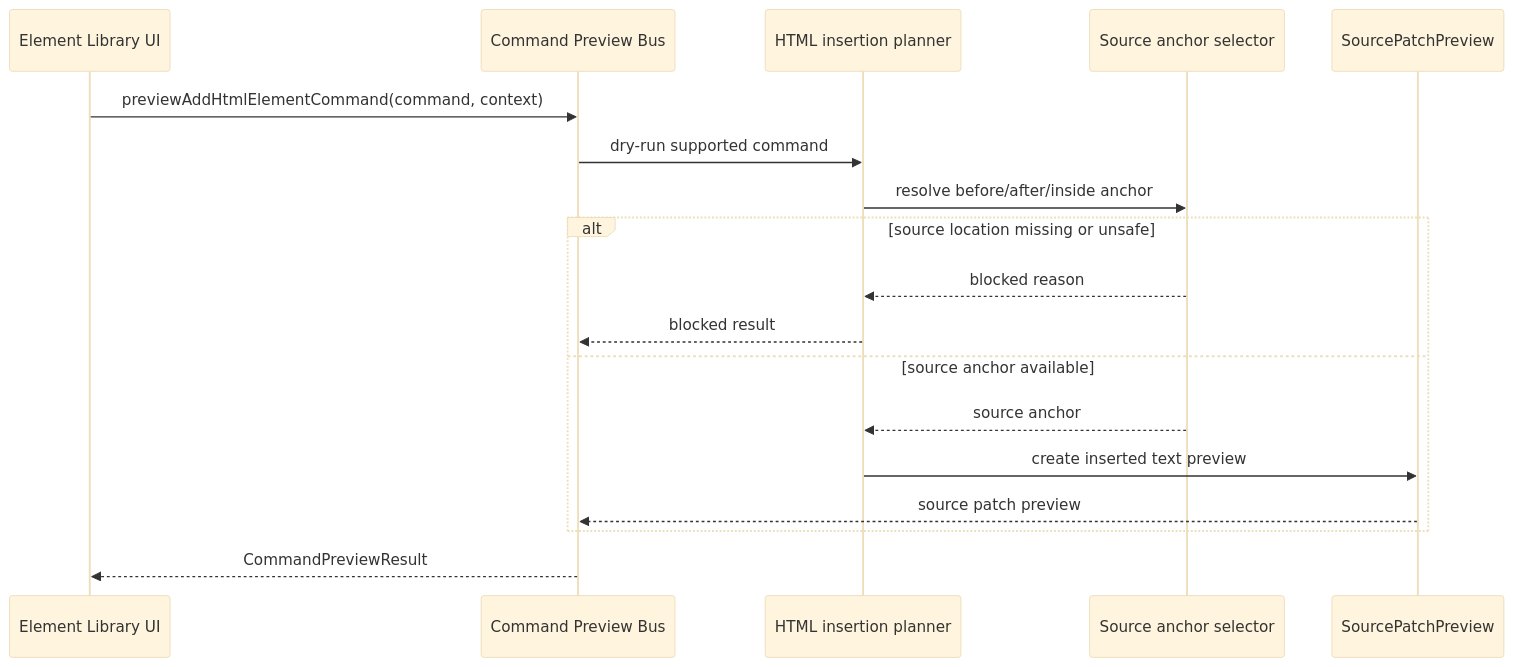
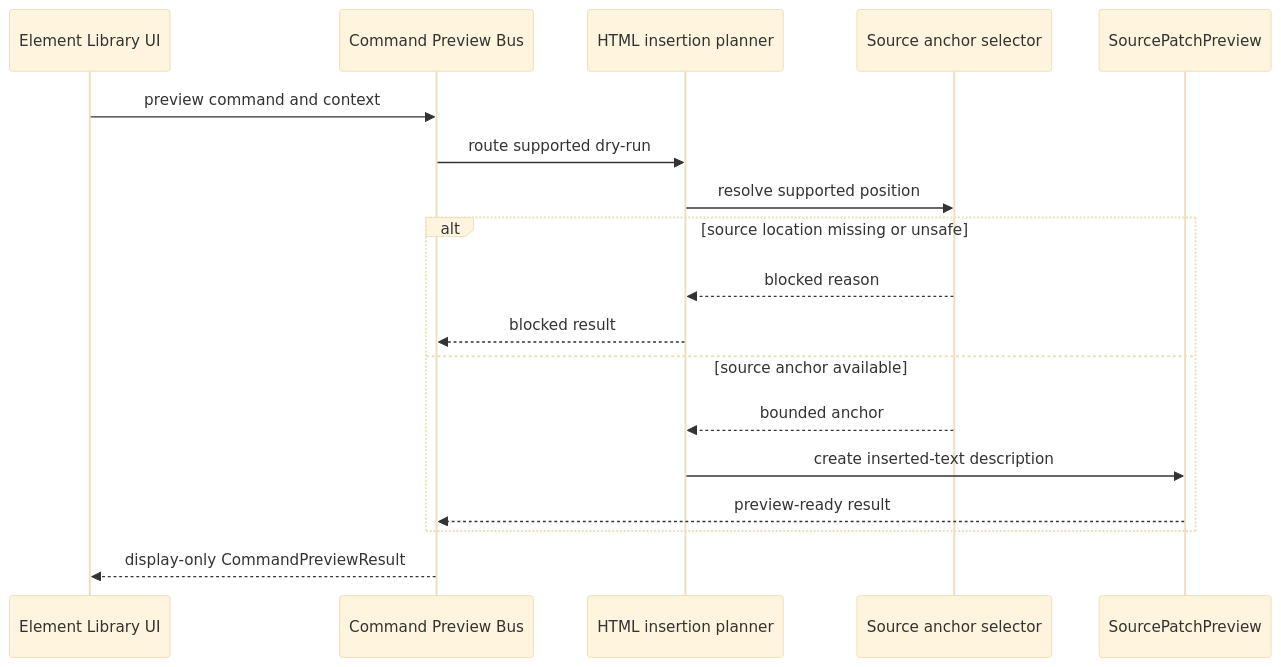
The diagram in docs/architecture/diagrams/source-patch-preview-sequence.md (krestosa/Crystal), drawn with Mermaid (base theme) before and after one commit. The commit also changed other lines of this file and 60 other files, not shown here.

````diff
--- a/docs/architecture/diagrams/source-patch-preview-sequence.md
+++ b/docs/architecture/diagrams/source-patch-preview-sequence.md
@@ -54,21 +13,20 @@
 ```mermaid
 sequenceDiagram
   participant UI as Element Library UI
   participant Bus as Command Preview Bus
   participant Planner as HTML insertion planner
   participant Anchor as Source anchor selector
-  participant Patch as SourcePatchPreview
-
-  UI->>Bus: previewAddHtmlElementCommand(command, context)
-  Bus->>Planner: dry-run supported command
-  Planner->>Anchor: resolve before/after/inside anchor
+  participant Preview as SourcePatchPreview
+  UI->>Bus: preview command and context
+  Bus->>Planner: route supported dry-run
+  Planner->>Anchor: resolve supported position
   alt source location missing or unsafe
     Anchor-->>Planner: blocked reason
     Planner-->>Bus: blocked result
   else source anchor available
-    Anchor-->>Planner: source anchor
-    Planner->>Patch: create inserted text preview
-    Patch-->>Bus: source patch preview
+    Anchor-->>Planner: bounded anchor
+    Planner->>Preview: create inserted-text description
+    Preview-->>Bus: preview-ready result
   end
-  Bus-->>UI: CommandPreviewResult
+  Bus-->>UI: display-only CommandPreviewResult
 ```
````
